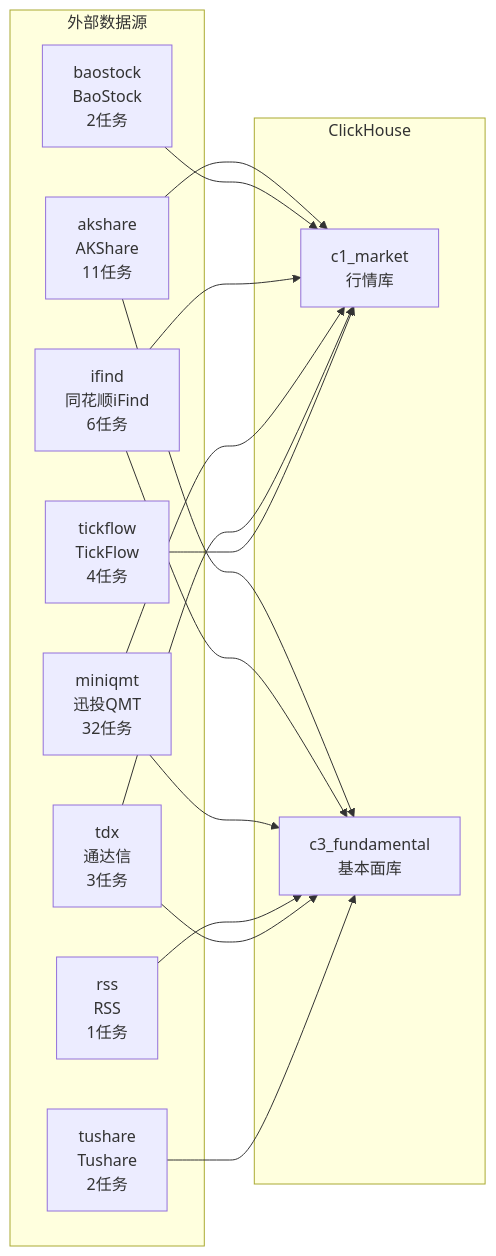
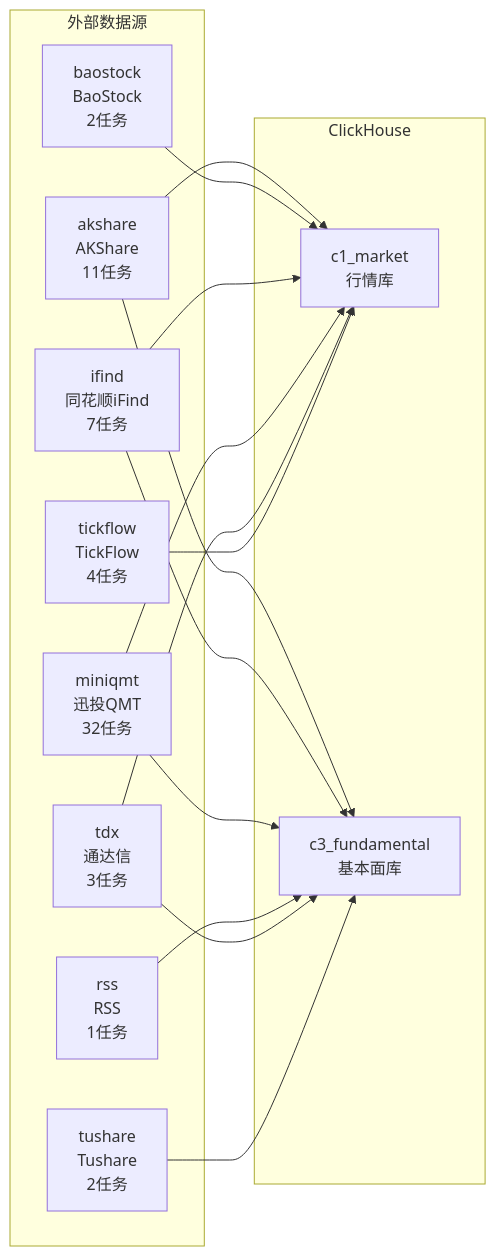
One commit to xuanFelixVan/ZephyrAlpha changed the diagram in docs/02_enterprise_architecture/05_dataflow_architecture/data_acquisition_flow.md. Above: the diagram before and after it, drawn with Mermaid. The commit also changed other lines of this file and 272 other files, not shown here.

First line of the commit message:
feat(blueprint-v2): 蓝图模板v2.0.0升级+四图对齐治本 第1-8步全量提交

````diff
--- a/docs/02_enterprise_architecture/05_dataflow_architecture/data_acquisition_flow.md
+++ b/docs/02_enterprise_architecture/05_dataflow_architecture/data_acquisition_flow.md
@@ -221,31 +223,31 @@
 ```mermaid
 flowchart LR
     subgraph 外部数据源
         S3["miniqmt<br/>迅投QMT<br/>32任务"]
         S0["akshare<br/>AKShare<br/>11任务"]
-        S2["ifind<br/>同花顺iFind<br/>6任务"]
+        S2["ifind<br/>同花顺iFind<br/>7任务"]
         S6["tickflow<br/>TickFlow<br/>4任务"]
         S5["tdx<br/>通达信<br/>3任务"]
         S7["tushare<br/>Tushare<br/>2任务"]
         S1["baostock<br/>BaoStock<br/>2任务"]
         S4["rss<br/>RSS<br/>1任务"]
     end
 
     subgraph ClickHouse
         D0["c1_market<br/>行情库"]
         D1["c3_fundamental<br/>基本面库"]
     end
 
     S0 --> D0
     S0 --> D1
     S1 --> D0
     S2 --> D0
     S2 --> D1
     S3 --> D0
     S3 --> D1
     S4 --> D1
     S5 --> D0
     S5 --> D1
     S6 --> D0
     S7 --> D1
 ```
````
